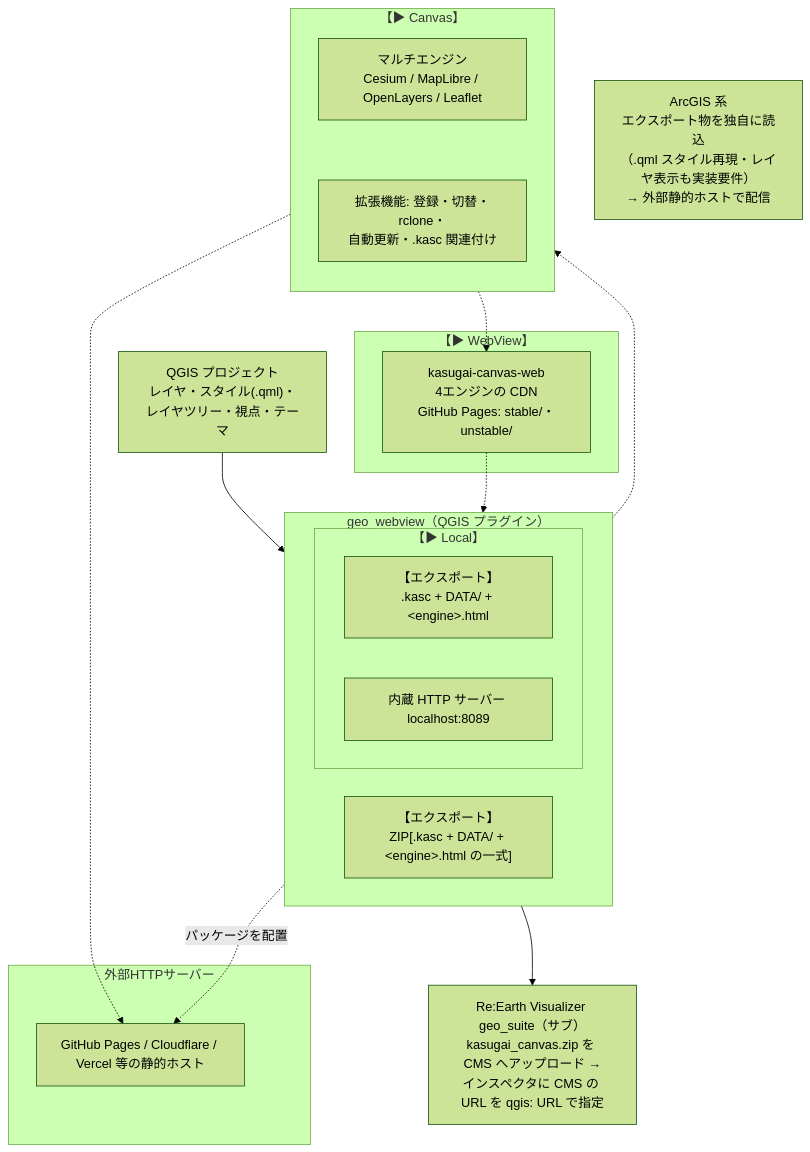
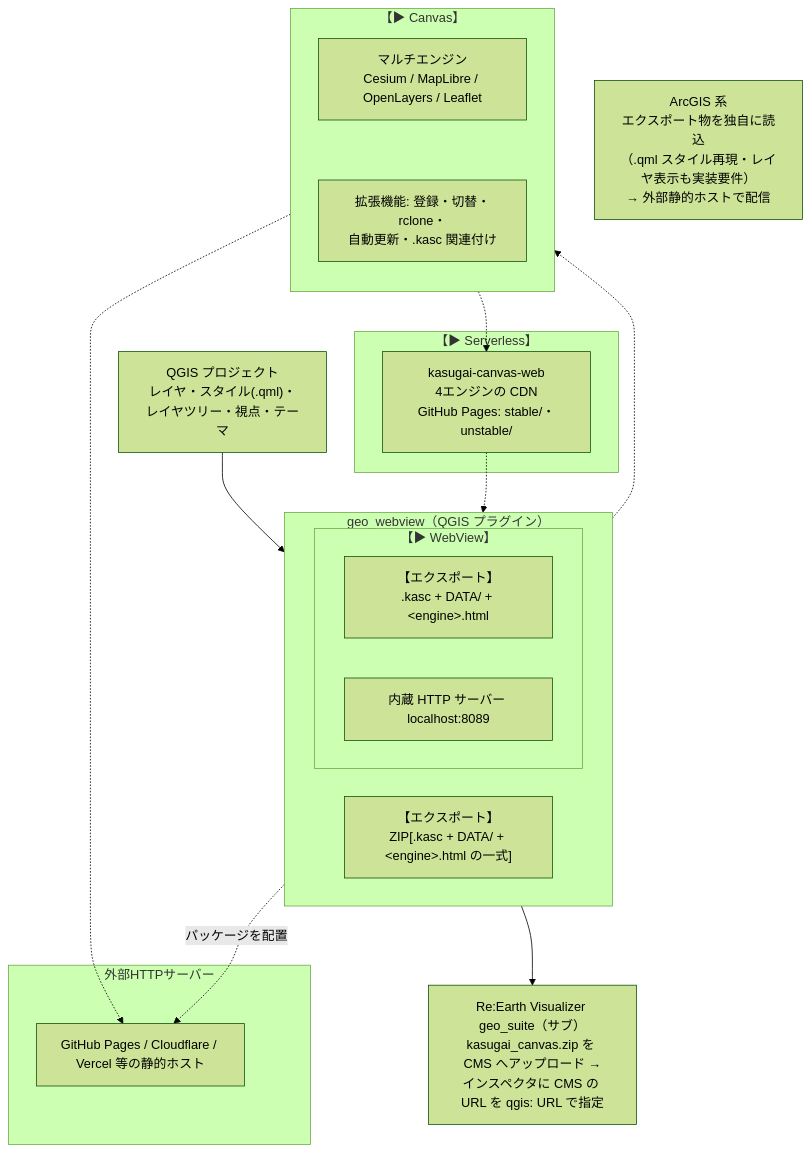
One commit to yamamoto-ryuzo/qgis_live_harness changed the diagram in qgis-plugin/geo_webview/README_JP.md. Above: the diagram before and after it, drawn with Mermaid (forest theme). The commit also changed other lines of this file and 5 other files, not shown here.

First line of the commit message:
geo_webview: ▶ Local ボタンを ▶ WebView へ改名(3.32.2)

````diff
--- a/qgis-plugin/geo_webview/README_JP.md
+++ b/qgis-plugin/geo_webview/README_JP.md
@@ -39,37 +39,37 @@
 ```mermaid
 flowchart TB
     QGIS["QGIS プロジェクト<br>レイヤ・スタイル(.qml)・レイヤツリー・視点・テーマ"]
 
     subgraph GWBOX["geo_webview（QGIS プラグイン）"]
         direction LR
-        subgraph FNC["【▶ Local】"]
+        subgraph FNC["【▶ WebView】"]
             GW["【エクスポート】<br>.kasc + DATA/ + &lt;engine&gt;.html"]
             SRV["内蔵 HTTP サーバー localhost:8089"]
         end
         ZIP["【エクスポート】<br>ZIP[.kasc + DATA/ + &lt;engine&gt;.html の一式]"]
     end
 
     subgraph KCBOX["【▶ Canvas】"]
         direction TB
         ENG["マルチエンジン<br>Cesium / MapLibre / OpenLayers / Leaflet"]
         KCF["拡張機能: 登録・切替・rclone・<br>自動更新・.kasc 関連付け"]
         ENG ~~~ KCF
     end
     subgraph WEBBOX["外部HTTPサーバー"]
         WEB["GitHub Pages / Cloudflare / Vercel 等の静的ホスト"]
     end
-    subgraph GHBOX["【▶ WebView】"]
+    subgraph GHBOX["【▶ Serverless】"]
         CDN["kasugai-canvas-web<br>4エンジンの CDN<br>GitHub Pages: stable/・unstable/"]
     end
     RE["Re:Earth Visualizer geo_suite（サブ）<br>kasugai_canvas.zip を CMS へアップロード →<br>インスペクタに CMS の URL を qgis: URL で指定"]
 
     AG["ArcGIS 系<br>エクスポート物を独自に読込<br>（.qml スタイル再現・レイヤ表示も実装要件）<br>→ 外部静的ホストで配信"]
 
     QGIS --> GWBOX
     GW -.-> KCBOX
     GW -.->|"パッケージを配置"| WEB
     ENG -.-> WEB
     ENG -.-> CDN
     CDN -.-> FNC
     ZIP --> RE
 ```
````
